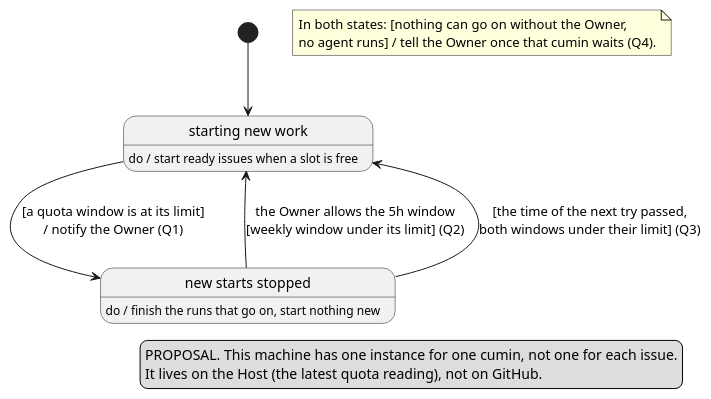
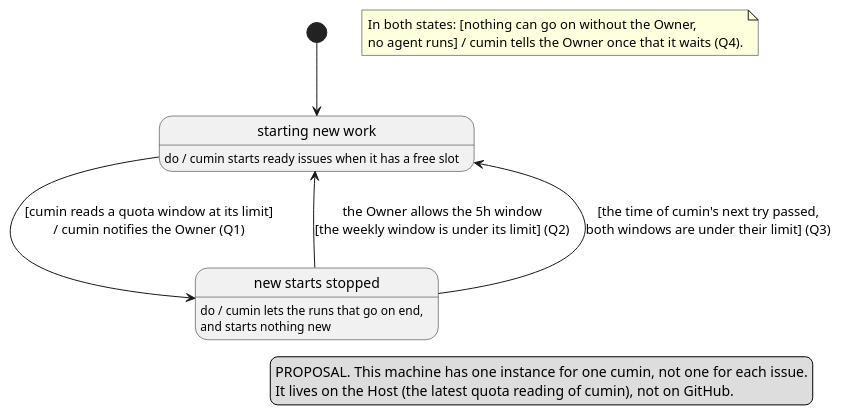
One commit to cloveclovedev/cumin-works changed the diagram in docs/ja/requirements/workflow/proposal-new-starts.puml. Above: the diagram before and after it, drawn with PlantUML. The commit also changed 5 other files, not shown here.

First line of the commit message:
docs(requirements): name who acts on every activity, guard, and effect of the proposal diagrams

```diff
--- a/docs/ja/requirements/workflow/proposal-new-starts.puml
+++ b/docs/ja/requirements/workflow/proposal-new-starts.puml
@@ -1,26 +1,26 @@
 @startuml proposal-new-starts
 ' cumin works - PROPOSAL: the state of cumin itself for new starts (quota). Q1 to Q4 of issue-states.md
 ' are transitions of this machine, not of an issue.
 ' Render: run scripts/render-diagrams.sh at the root of the repository.
 
 hide empty description
 
 state "starting new work" as Starting
-Starting : do / start ready issues when a slot is free
+Starting : do / cumin starts ready issues when it has a free slot
 
 state "new starts stopped" as Stopped
-Stopped : do / finish the runs that go on, start nothing new
+Stopped : do / cumin lets the runs that go on end,\nand starts nothing new
 
 [*] --> Starting
-Starting --> Stopped : [a quota window is at its limit]\n/ notify the Owner (Q1)
-Stopped --> Starting : the Owner allows the 5h window\n[weekly window under its limit] (Q2)
-Stopped --> Starting : [the time of the next try passed,\nboth windows under their limit] (Q3)
+Starting --> Stopped : [cumin reads a quota window at its limit]\n/ cumin notifies the Owner (Q1)
+Stopped --> Starting : the Owner allows the 5h window\n[the weekly window is under its limit] (Q2)
+Stopped --> Starting : [the time of cumin's next try passed,\nboth windows are under their limit] (Q3)
 
-note "In both states: [nothing can go on without the Owner,\nno agent runs] / tell the Owner once that cumin waits (Q4)." as Q4
+note "In both states: [nothing can go on without the Owner,\nno agent runs] / cumin tells the Owner once that it waits (Q4)." as Q4
 
 legend right
   PROPOSAL. This machine has one instance for one cumin, not one for each issue.
-  It lives on the Host (the latest quota reading), not on GitHub.
+  It lives on the Host (the latest quota reading of cumin), not on GitHub.
 endlegend
 
 @enduml
```
